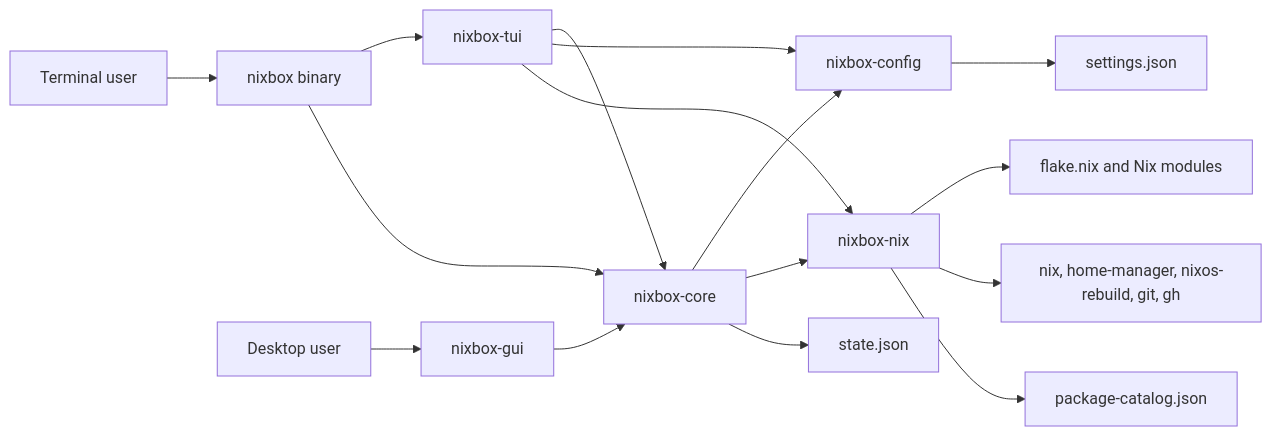
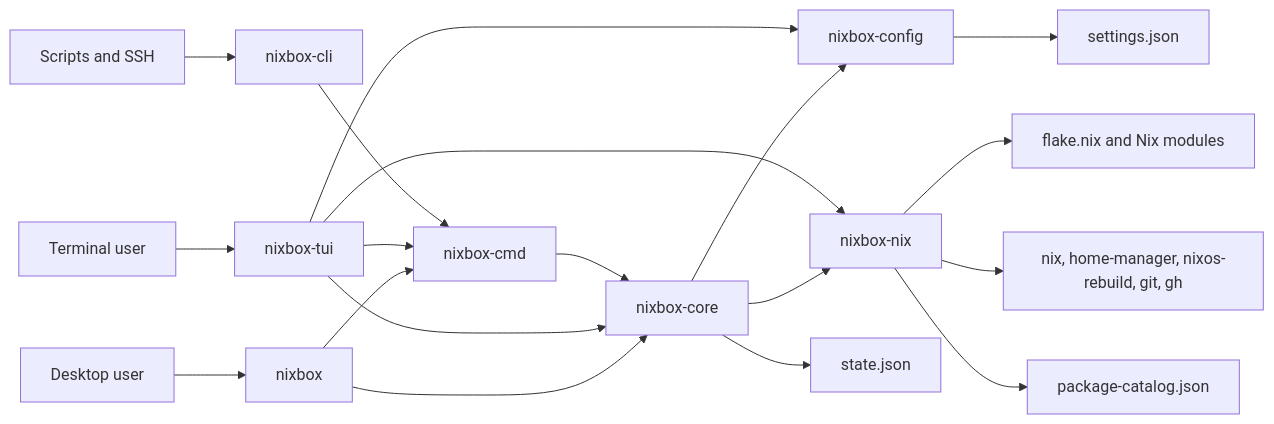
Before and after one commit to SINGH-RAJVEER/nixbox: the first of 2 diagrams in docs/ARCHITECTURE.md, drawn with Mermaid. The commit also changed other lines of this file and 60 other files, not shown here.

First line of the commit message:
feat!: make nixbox the desktop GUI and release 0.3.5

````diff
--- a/docs/ARCHITECTURE.md
+++ b/docs/ARCHITECTURE.md
@@ -7,18 +7,21 @@
 ```mermaid
 flowchart LR
-		User[Terminal user] --> Binary[nixbox binary]
-		Binary --> TUI[nixbox-tui]
-		Binary --> Core[nixbox-core]
+		GUIUser[Desktop user] --> GUI[nixbox]
+		User[Terminal user] --> TUI[nixbox-tui]
+		Script[Scripts and SSH] --> CLI[nixbox-cli]
+		GUI --> Cmd[nixbox-cmd]
+		TUI --> Cmd
+		CLI --> Cmd
+		GUI --> Core[nixbox-core]
 		TUI --> Core
-		GUIUser[Desktop user] --> GUI[nixbox-gui]
-		GUI --> Core
+		Cmd --> Core
 		Core --> Config[nixbox-config]
 		Core --> Nix[nixbox-nix]
 		TUI --> Config
 		TUI --> Nix
 		Config --> Settings[settings.json]
 		Nix --> Target[flake.nix and Nix modules]
 		Nix --> Commands[nix, home-manager, nixos-rebuild, git, gh]
 		Core --> State[state.json]
 		Nix --> Cache[package-catalog.json]
 ```
````
